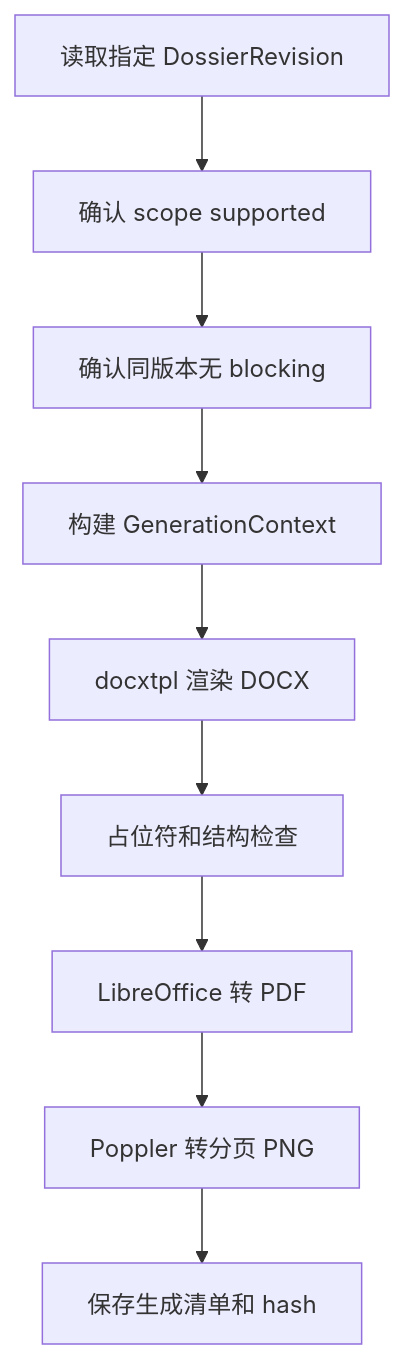
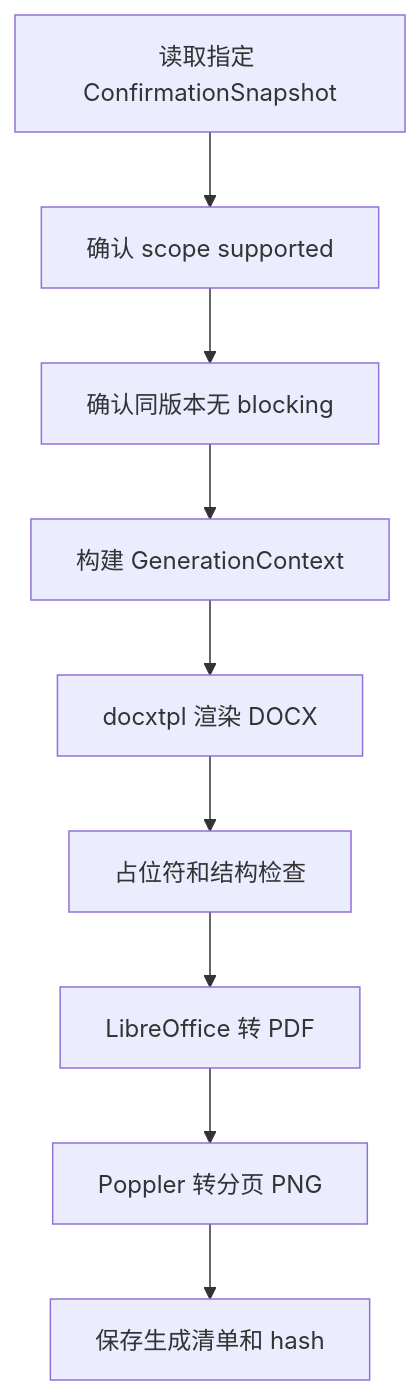
One commit to LanShiLiang/CaseFilingAssistant changed the third of 3 diagrams in outputs/后端技术方案_全国版强制执行材料生成助手.md. Above: the diagram before and after it, drawn with Mermaid. The commit also changed other lines of this file and 14 other files, not shown here.

Commit message:
docs: align MVP plans and engineering architecture

````diff
--- a/outputs/后端技术方案_全国版强制执行材料生成助手.md
+++ b/outputs/后端技术方案_全国版强制执行材料生成助手.md
@@ -621,11 +789,11 @@
 ```mermaid
 flowchart TD
-  A["读取指定 DossierRevision"] --> B["确认 scope supported"]
+  A["读取指定 ConfirmationSnapshot"] --> B["确认 scope supported"]
   B --> C["确认同版本无 blocking"]
   C --> D["构建 GenerationContext"]
   D --> E["docxtpl 渲染 DOCX"]
   E --> F["占位符和结构检查"]
   F --> G["LibreOffice 转 PDF"]
   G --> H["Poppler 转分页 PNG"]
   H --> I["保存生成清单和 hash"]
 ```
````
